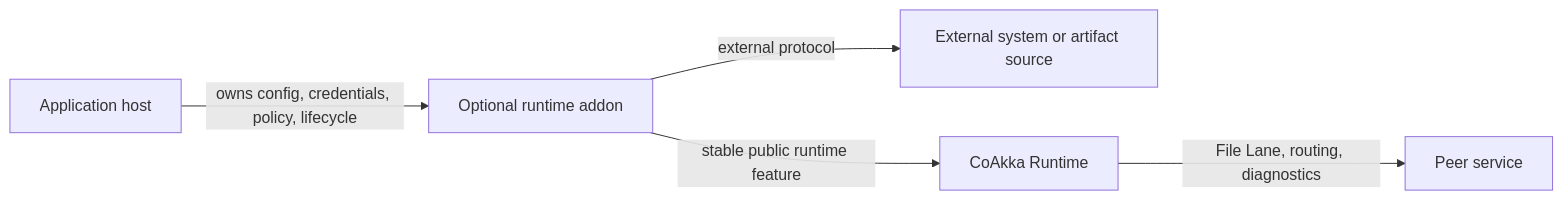
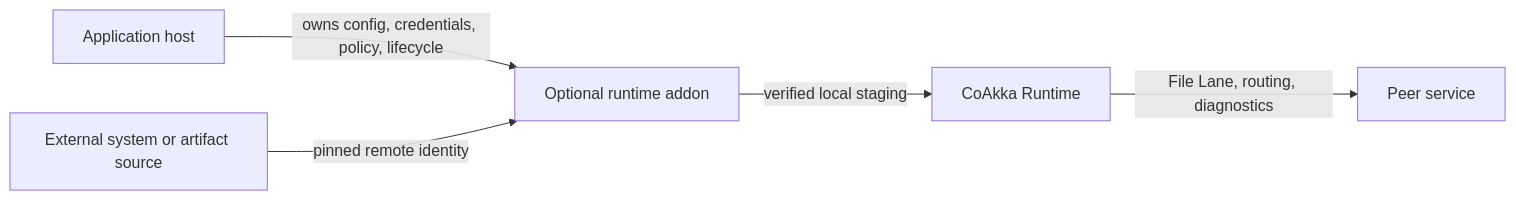
Before and after one commit to phuong-tran/coakka-publish: the second of 3 diagrams in docs/runtime-addons.md, drawn with Mermaid. The commit also changed other lines of this file and 4 other files, not shown here.

Commit message:
docs: explain artifact source addon use cases

````diff
--- a/docs/runtime-addons.md
+++ b/docs/runtime-addons.md
@@ -28,7 +124,7 @@
 ```mermaid
 flowchart LR
     Host["Application host"] -->|"owns config, credentials, policy, lifecycle"| Addon["Optional runtime addon"]
-    Addon -->|"external protocol"| Source["External system or artifact source"]
-    Addon -->|"stable public runtime feature"| Runtime["CoAkka Runtime"]
+    Source["External system or artifact source"] -->|"pinned remote identity"| Addon
+    Addon -->|"verified local staging"| Runtime["CoAkka Runtime"]
     Runtime -->|"File Lane, routing, diagnostics"| Peer["Peer service"]
 ```
````
